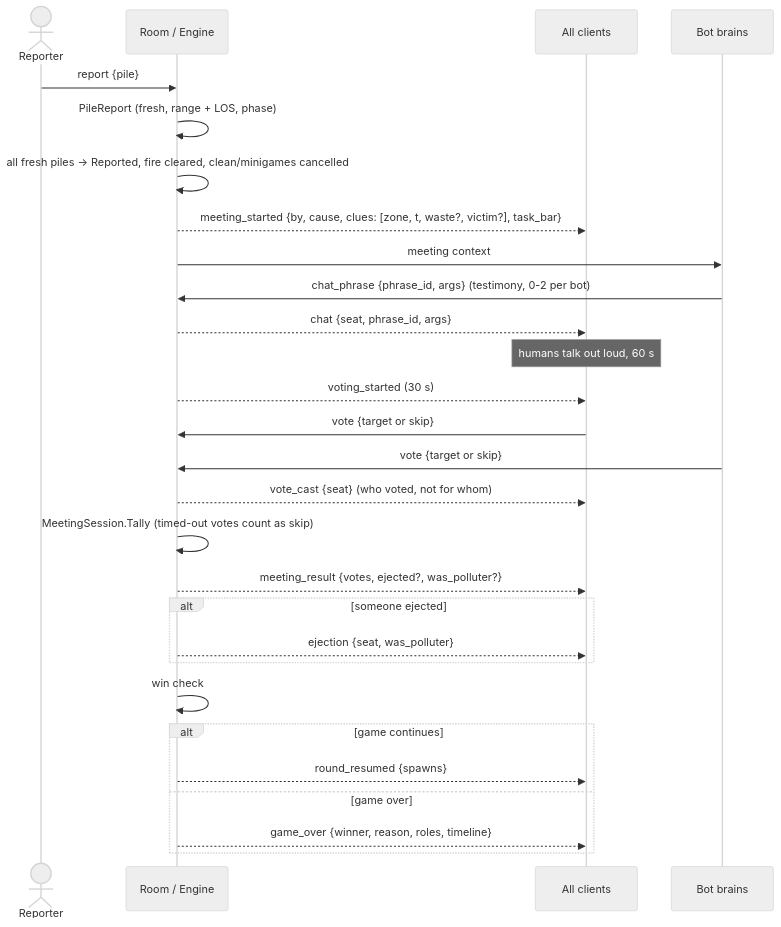
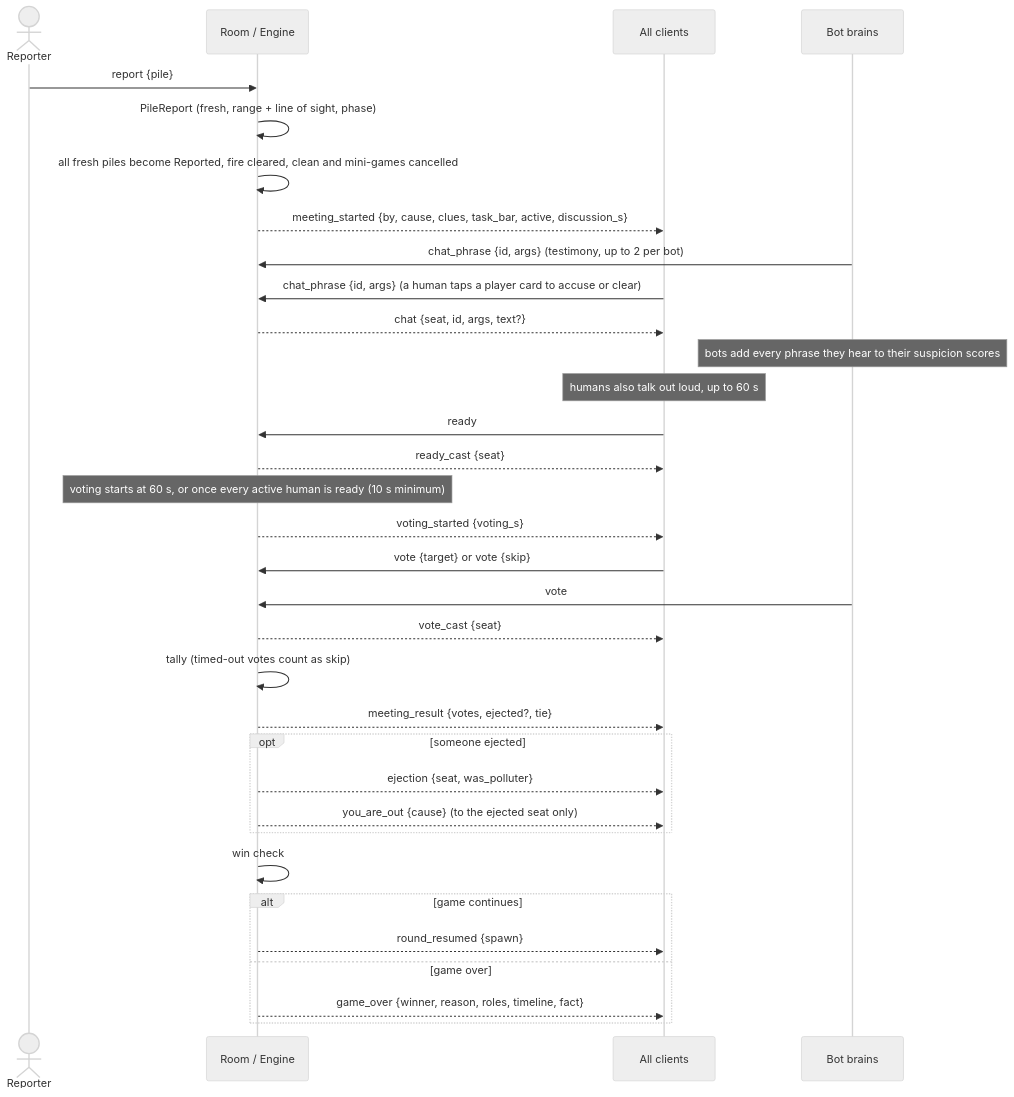
One commit to Faouzi-Blibech/EcoSus-Uncycled changed the seventh of 11 diagrams in docs/architecture/05-sequences.md. Above: the diagram before and after it, drawn with Mermaid (neutral theme). The commit also changed other lines of this file and 11 other files, not shown here.

Commit message:
docs: second design review (2026-11-14) for the architecture views and the design spec

````diff
--- a/docs/architecture/05-sequences.md
+++ b/docs/architecture/05-sequences.md
@@ -142,30 +148,35 @@
 ```mermaid
 sequenceDiagram
     actor A as Reporter
     participant R as Room / Engine
     participant All as All clients
     participant B as Bot brains
     A->>R: report {pile}
-    R->>R: PileReport (fresh, range + LOS, phase)
-    R->>R: all fresh piles -> Reported, fire cleared, clean/minigames cancelled
-    R-->>All: meeting_started {by, cause, clues: [zone, t, waste?, victim?], task_bar}
-    R->>B: meeting context
-    B->>R: chat_phrase {phrase_id, args} (testimony, 0-2 per bot)
-    R-->>All: chat {seat, phrase_id, args}
-    Note over All: humans talk out loud, 60 s
-    R-->>All: voting_started (30 s)
-    All->>R: vote {target or skip}
-    B->>R: vote {target or skip}
-    R-->>All: vote_cast {seat} (who voted, not for whom)
-    R->>R: MeetingSession.Tally (timed-out votes count as skip)
-    R-->>All: meeting_result {votes, ejected?, was_polluter?}
-    alt someone ejected
+    R->>R: PileReport (fresh, range + line of sight, phase)
+    R->>R: all fresh piles become Reported, fire cleared, clean and mini-games cancelled
+    R-->>All: meeting_started {by, cause, clues, task_bar, active, discussion_s}
+    B->>R: chat_phrase {id, args} (testimony, up to 2 per bot)
+    All->>R: chat_phrase {id, args} (a human taps a player card to accuse or clear)
+    R-->>All: chat {seat, id, args, text?}
+    Note over B: bots add every phrase they hear to their suspicion scores
+    Note over All: humans also talk out loud, up to 60 s
+    All->>R: ready
+    R-->>All: ready_cast {seat}
+    Note over R: voting starts at 60 s, or once every active human is ready (10 s minimum)
+    R-->>All: voting_started {voting_s}
+    All->>R: vote {target} or vote {skip}
+    B->>R: vote
+    R-->>All: vote_cast {seat}
+    R->>R: tally (timed-out votes count as skip)
+    R-->>All: meeting_result {votes, ejected?, tie}
+    opt someone ejected
         R-->>All: ejection {seat, was_polluter}
+        R-->>All: you_are_out {cause} (to the ejected seat only)
     end
     R->>R: win check
     alt game continues
-        R-->>All: round_resumed {spawns}
+        R-->>All: round_resumed {spawn}
     else game over
-        R-->>All: game_over {winner, reason, roles, timeline}
+        R-->>All: game_over {winner, reason, roles, timeline, fact}
     end
 ```
````
